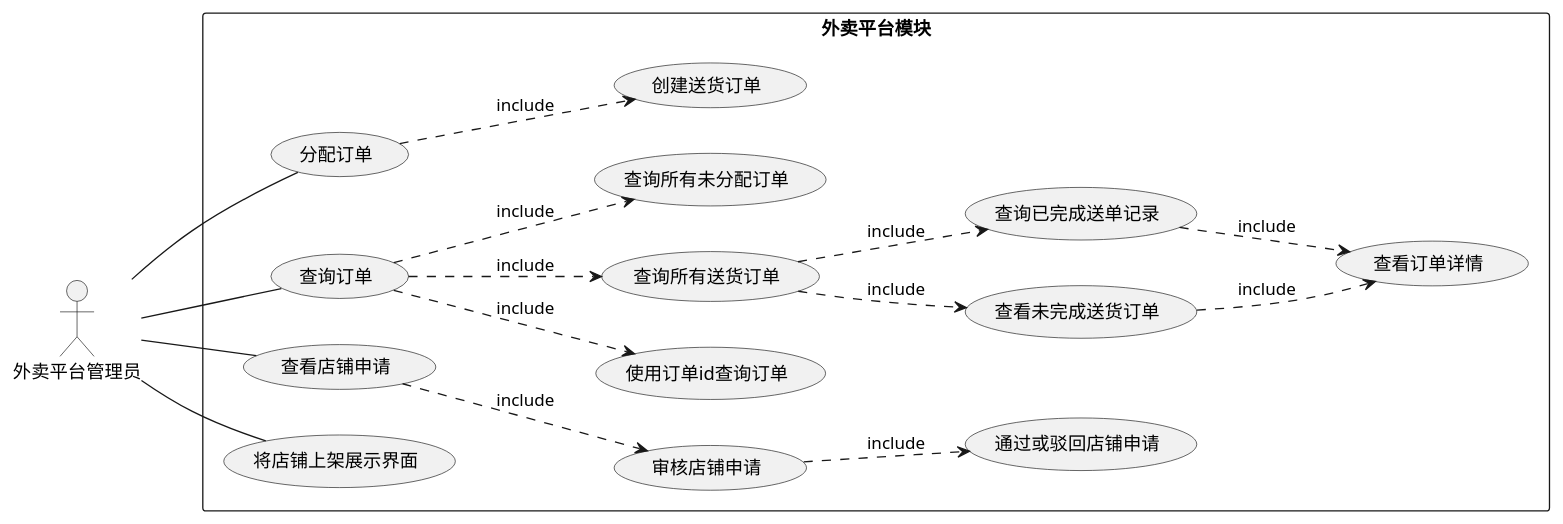
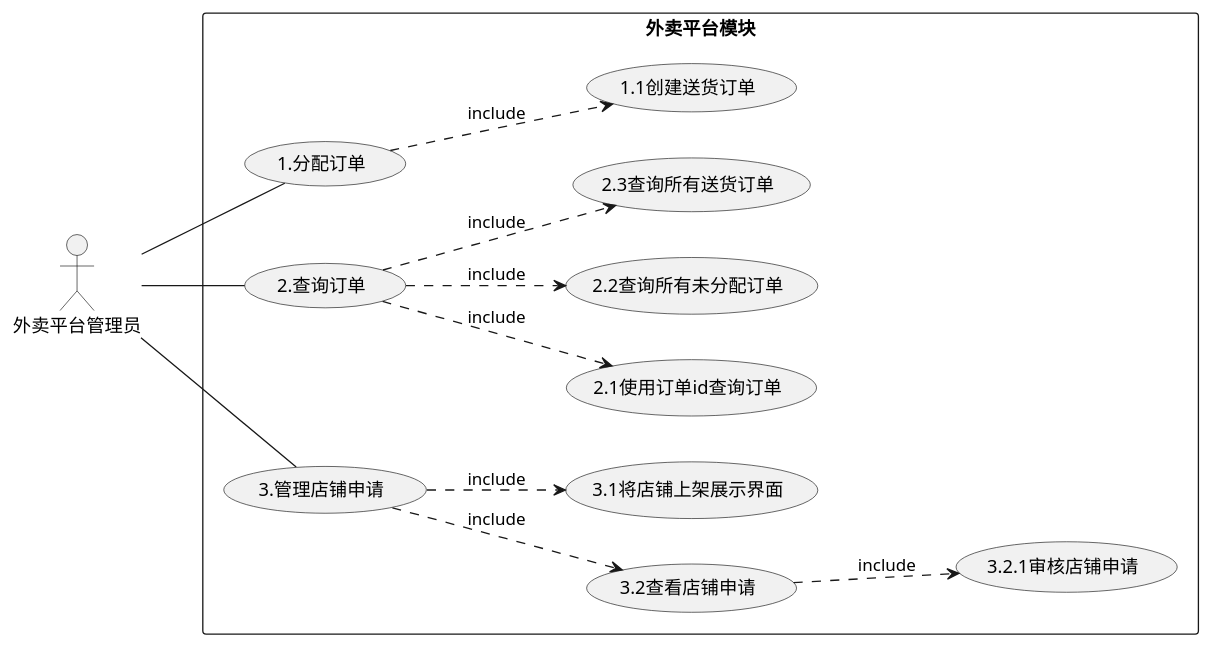
One commit to dawn1206/ruran2UML changed the diagram in waimai]/外卖平台功能性需求分析.puml. Above: the diagram before and after it, drawn with PlantUML. The commit also changed 1 other file, not shown here.

```diff
--- a/waimai]/外卖平台功能性需求分析.puml
+++ b/waimai]/外卖平台功能性需求分析.puml
@@ -1,40 +1,29 @@
 @startuml
 'https://plantuml.com/use-case-diagram
 left to right direction
 
 rectangle 外卖平台模块{
 
-usecase 分配订单
-usecase 创建送货订单
+usecase 1.分配订单
 
-(分配订单) ..> (创建送货订单):include
-usecase 查询订单
-usecase 使用订单id查询订单
-usecase 查询所有送货订单
+(1.分配订单) ..> (1.1创建送货订单):include
+usecase 2.查询订单
 
-usecase 查看未完成送货订单
-usecase 查询已完成送单记录
-usecase 查询所有未分配订单
-(查询订单)..>(使用订单id查询订单):include
-(查询订单)..>(查询所有未分配订单):include
-(查询订单)..>(查询所有送货订单):include
+(2.查询订单)..>(2.1使用订单id查询订单):include
+(2.查询订单)..>(2.2查询所有未分配订单):include
+(2.查询订单)..>(2.3查询所有送货订单):include
 
-(查询所有送货订单)..>(查看未完成送货订单):include
-(查询所有送货订单)..>(查询已完成送单记录):include
-(查看未完成送货订单) ..> (查看订单详情):include
-(查询已完成送单记录)..> (查看订单详情):include
 
-usecase 查看店铺申请
-usecase 审核店铺申请
-usecase 将店铺上架展示界面
-usecase 通过或驳回店铺申请
-(查看店铺申请) ..>(审核店铺申请):include
-(审核店铺申请)..>(通过或驳回店铺申请):include
+
+
+(3.管理店铺申请) ..>(3.2查看店铺申请):include
+(3.管理店铺申请) ..>(3.1将店铺上架展示界面):include
+(3.2查看店铺申请) ..>(3.2.1审核店铺申请):include
+
 }
 
-外卖平台管理员 -- (查询订单)
-外卖平台管理员 -- (分配订单)
-外卖平台管理员 -- (查看店铺申请)
-外卖平台管理员 -- (将店铺上架展示界面)
+外卖平台管理员 -- (2.查询订单)
+外卖平台管理员 -- (1.分配订单)
+外卖平台管理员 -- (3.管理店铺申请)
 
 @enduml
```
